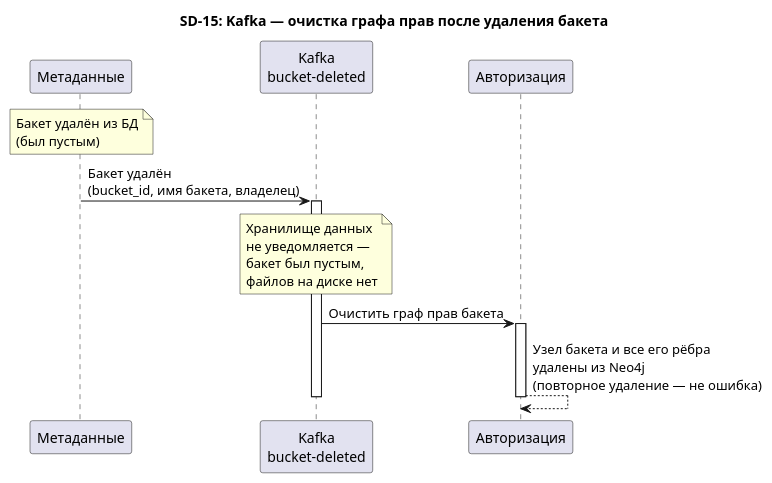
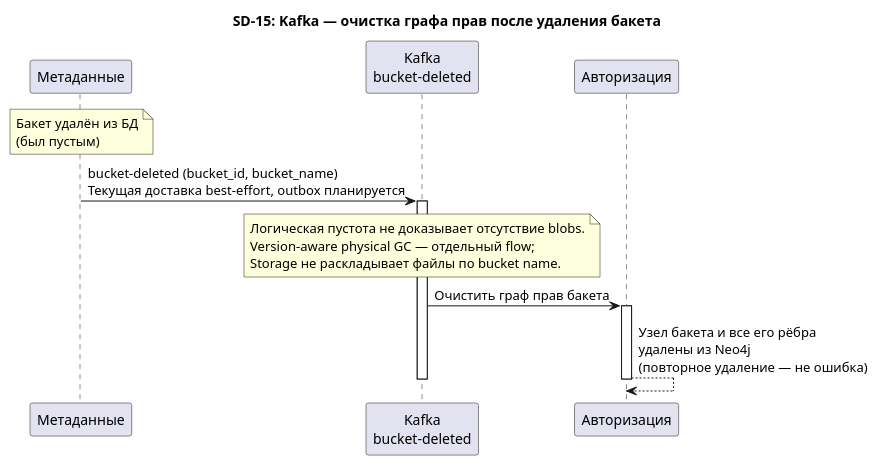
One commit to alesplll/opens3-rebac changed diagram 15 of 16 in docs/sequence_diagrams.md. Above: the diagram before and after it, drawn with PlantUML. The commit also changed other lines of this file and 21 other files, not shown here.

````diff
--- a/docs/sequence_diagrams.md
+++ b/docs/sequence_diagrams.md
@@ -629,24 +641,24 @@
 ```plantuml
 @startuml SD-15-KafkaBucketDeleted
 title SD-15: Kafka — очистка графа прав после удаления бакета
 
 participant "Метаданные" as MD
 participant "Kafka\nbucket-deleted" as KF
 participant "Авторизация" as AZ
 
 note over MD : Бакет удалён из БД\n(был пустым)
 
-MD -> KF : Бакет удалён\n(bucket_id, имя бакета, владелец)
+MD -> KF : bucket-deleted (bucket_id, bucket_name)\nТекущая доставка best-effort, outbox планируется
 activate KF
 
-note over KF : Хранилище данных\nне уведомляется —\nбакет был пустым,\nфайлов на диске нет
+note over KF : Логическая пустота не доказывает отсутствие blobs.\nVersion-aware physical GC — отдельный flow;\nStorage не раскладывает файлы по bucket name.
 
 KF -> AZ : Очистить граф прав бакета
 activate AZ
 AZ --> AZ : Узел бакета и все его рёбра\nудалены из Neo4j\n(повторное удаление — не ошибка)
 deactivate AZ
 
 deactivate KF
 
 @enduml
 ```
````
